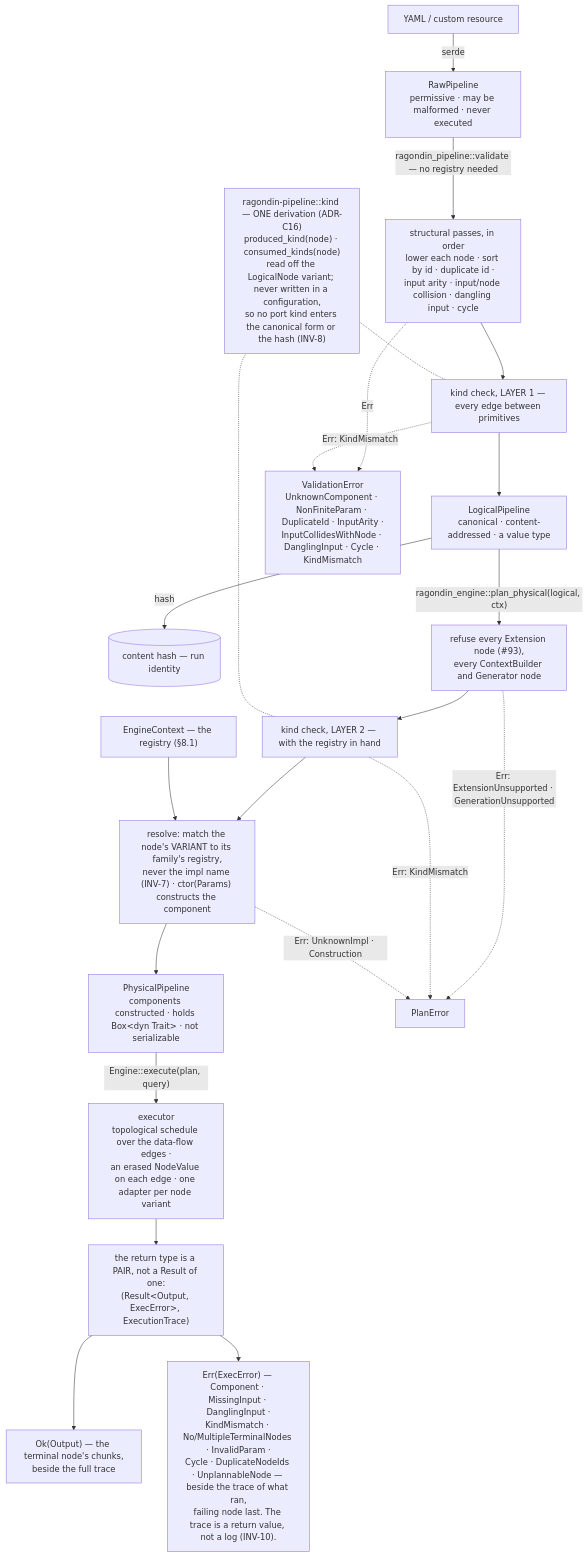
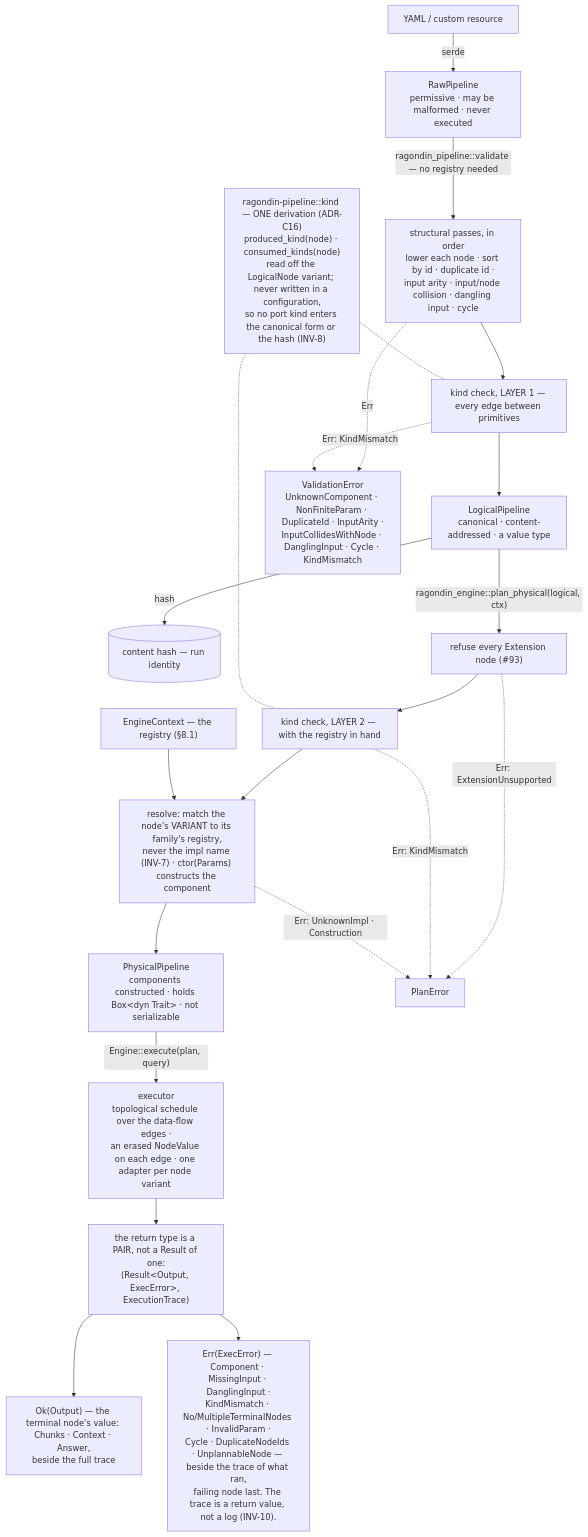
One commit to genesary/Ragondin changed the second of 4 diagrams in docs/code-architecture.md. Above: the diagram before and after it, drawn with Mermaid. The commit also changed other lines of this file and 12 other files, not shown here.

First line of the commit message:
feat(ragondin-engine): plan and execute the context builder and generator, and name the context and the answer in the trace (#299)

````diff
--- a/docs/code-architecture.md
+++ b/docs/code-architecture.md
@@ -311,29 +311,29 @@
 ```mermaid
 flowchart TB
   DERIV["ragondin-pipeline::kind — ONE derivation (ADR-C16)<br/>produced_kind(node) · consumed_kinds(node)<br/>read off the LogicalNode variant; never written in a configuration,<br/>so no port kind enters the canonical form or the hash (INV-8)"]
 
   YML["YAML / custom resource"] -->|serde| RAW["RawPipeline<br/>permissive · may be malformed · never executed"]
   RAW -->|"ragondin_pipeline::validate — no registry needed"| VS["structural passes, in order<br/>lower each node · sort by id · duplicate id ·<br/>input arity · input/node collision · dangling input · cycle"]
   VS --> VK["kind check, LAYER 1 — every edge between primitives"]
   VK --> LOG["LogicalPipeline<br/>canonical · content-addressed · a value type"]
   VS -.->|"Err"| VERR["ValidationError<br/>UnknownComponent · NonFiniteParam · DuplicateId · InputArity ·<br/>InputCollidesWithNode · DanglingInput · Cycle · KindMismatch"]
   VK -.->|"Err: KindMismatch"| VERR
 
   LOG -->|hash| H[("content hash — run identity")]
-  LOG -->|"ragondin_engine::plan_physical(logical, ctx)"| PX["refuse every Extension node (#93),<br/>every ContextBuilder and Generator node"]
+  LOG -->|"ragondin_engine::plan_physical(logical, ctx)"| PX["refuse every Extension node (#93)"]
   PX --> PK["kind check, LAYER 2 — with the registry in hand"]
   PK --> RES["resolve: match the node's VARIANT to its family's registry,<br/>never the impl name (INV-7) · ctor(Params) constructs the component"]
   RES --> PHY["PhysicalPipeline<br/>components constructed · holds Box#60;dyn Trait#62; · not serializable"]
-  PX -.->|"Err: ExtensionUnsupported · GenerationUnsupported"| PERR["PlanError"]
+  PX -.->|"Err: ExtensionUnsupported"| PERR["PlanError"]
   PK -.->|"Err: KindMismatch"| PERR
   RES -.->|"Err: UnknownImpl · Construction"| PERR
 
   DERIV -.- VK
   DERIV -.- PK
   CTX["EngineContext — the registry (§8.1)"] --> RES
 
   PHY -->|"Engine::execute(plan, query)"| EX["executor<br/>topological schedule over the data-flow edges ·<br/>an erased NodeValue on each edge · one adapter per node variant"]
   EX --> PAIR["the return type is a PAIR, not a Result of one:<br/>(Result#60;Output, ExecError#62;, ExecutionTrace)"]
-  PAIR --> OKP["Ok(Output) — the terminal node's chunks,<br/>beside the full trace"]
+  PAIR --> OKP["Ok(Output) — the terminal node's value: Chunks · Context · Answer,<br/>beside the full trace"]
   PAIR --> ERP["Err(ExecError) — Component · MissingInput · DanglingInput ·<br/>KindMismatch · No/MultipleTerminalNodes · InvalidParam ·<br/>Cycle · DuplicateNodeIds · UnplannableNode — beside the trace of what ran,<br/>failing node last. The trace is a return value, not a log (INV-10)."]
 ```
````
